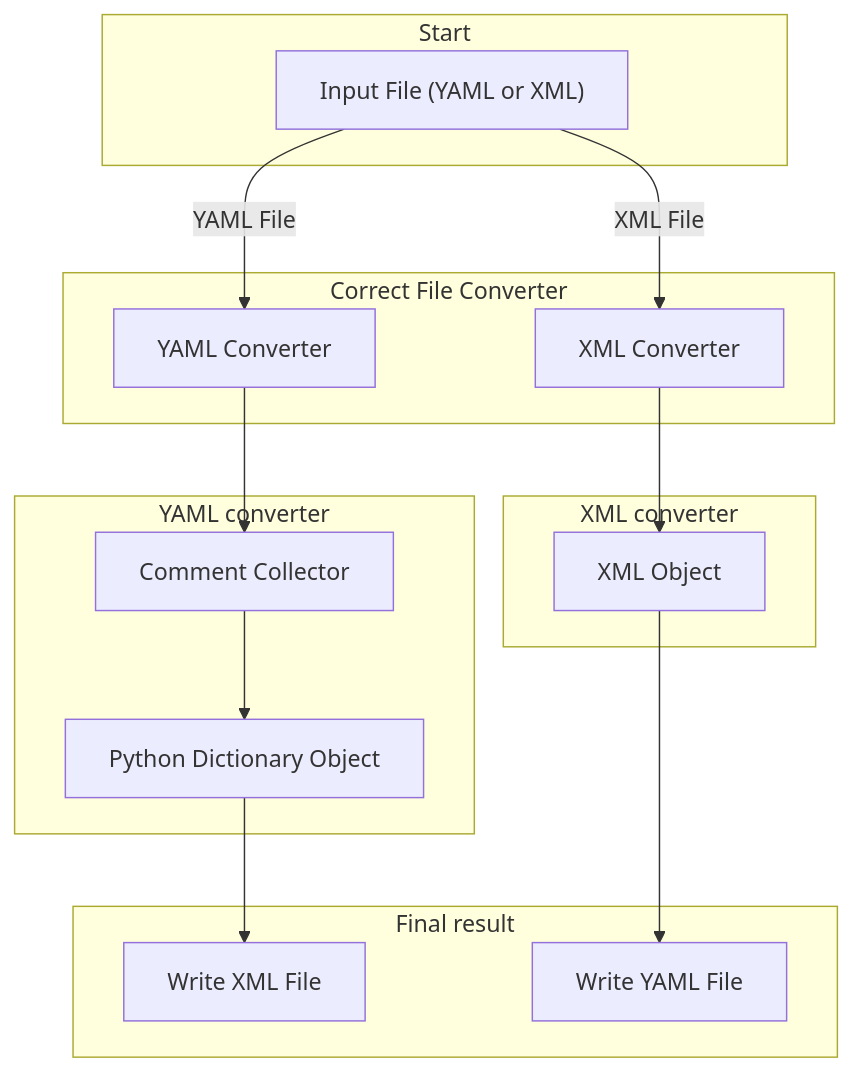
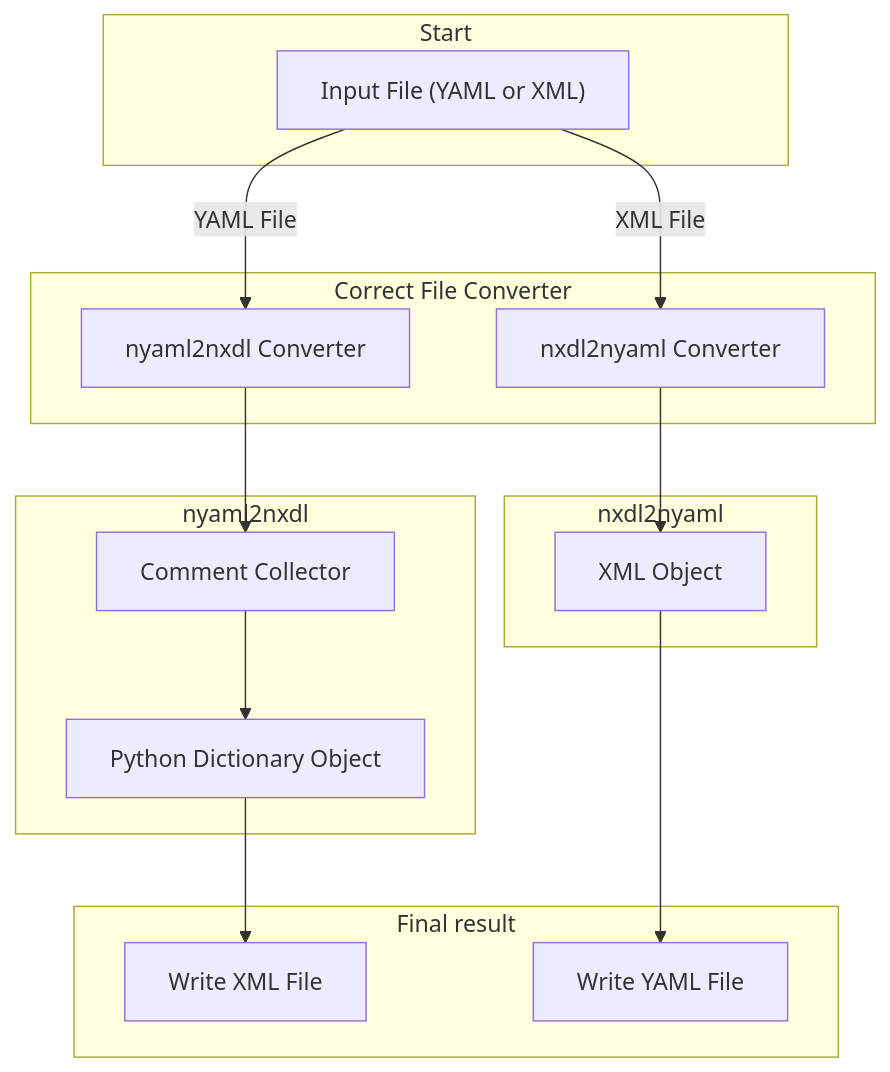
Before and after one commit to FAIRmat-NFDI/nyaml: the diagram in docs/explanations.md, drawn with Mermaid. The commit also changed other lines of this file and 3 other files, not shown here.

````diff
--- a/docs/explanations.md
+++ b/docs/explanations.md
@@ -15,29 +6,29 @@
 ```mermaid
 graph TD;
   subgraph Start
     id1["Input File (YAML or XML)"]
   end
   subgraph Correct File Converter
-    id2["YAML Converter"]
-    id3["XML Converter"]
+    id2["nyaml2nxdl Converter"]
+    id3["nxdl2nyaml Converter"]
   end
-  subgraph YAML converter
+  subgraph nyaml2nxdl
     id4["Comment Collector"]
     id5["Python Dictionary Object"]
   end
-  subgraph XML converter
+  subgraph nxdl2nyaml
     id6["XML Object"]
   end
   subgraph Final result
   id7["Write XML File"]
   id8["Write YAML File"]
   end
 
   id1--> |YAML File|id2
   id1--> |XML File|id3
   id2-->id4
   id4-->id5
   id3-->id6
   id5-->id7
   id6-->id8
 ```
````
